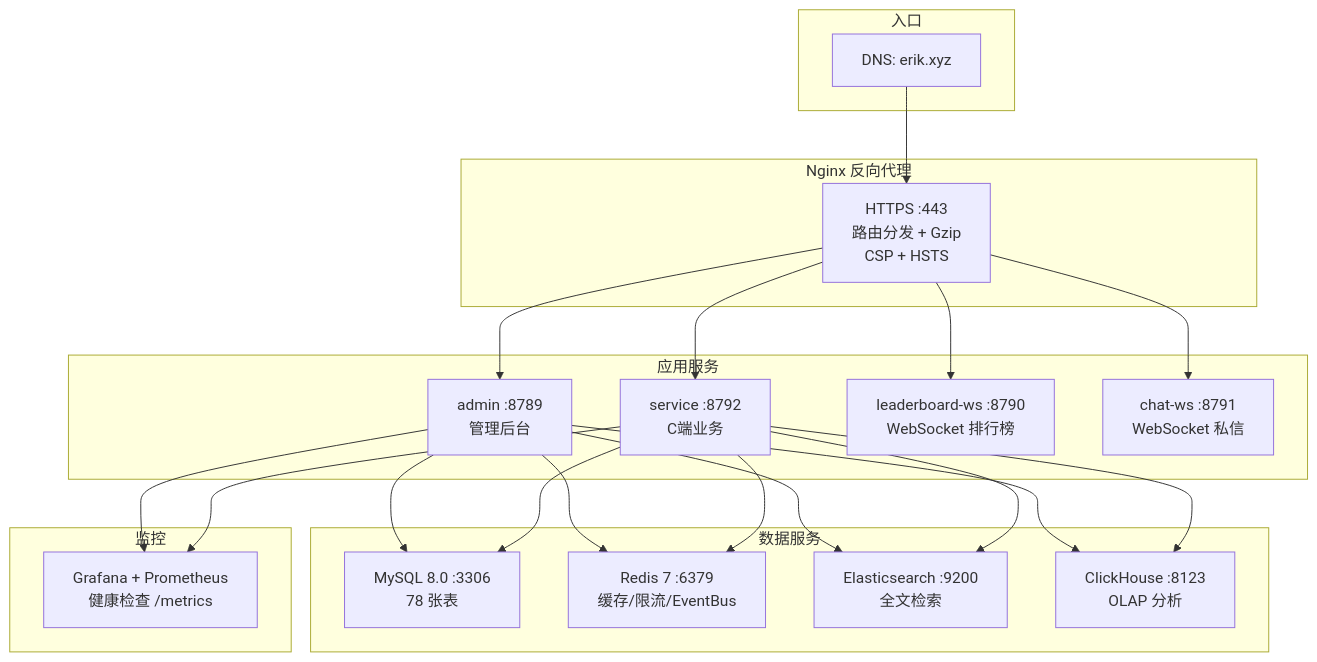
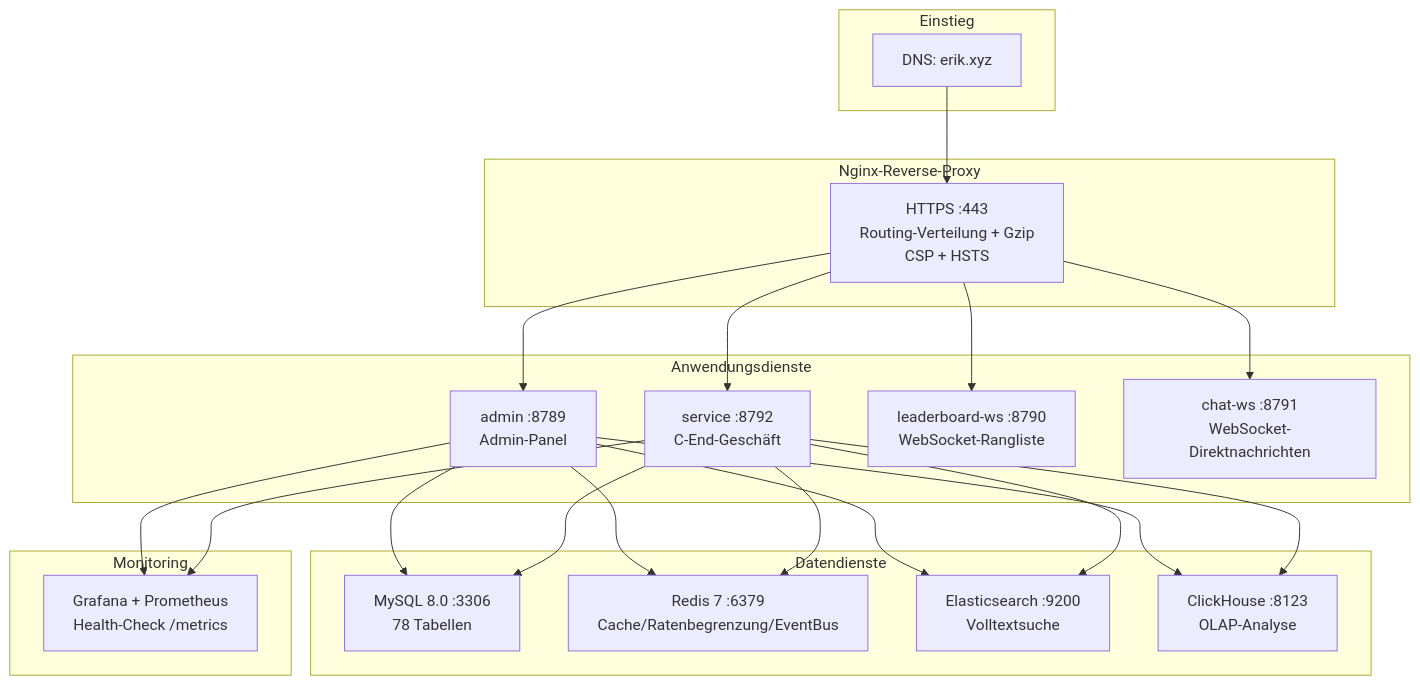
One commit to erikwang2013/game-platform-php changed the diagram in admin/docs/diagrams/12-deployment.de.md. Above: the diagram before and after it, drawn with Mermaid. The commit also changed 211 other files, not shown here.

First line of the commit message:
fix: 支付配置读回类型根治、提现事件对账巡检，12 语族 mermaid 与 API 标签本地化

````diff
--- a/admin/docs/diagrams/12-deployment.de.md
+++ b/admin/docs/diagrams/12-deployment.de.md
@@ -7,33 +7,33 @@
 ```mermaid
 flowchart TB
-    subgraph "入口"
+    subgraph "Einstieg"
         DNS["DNS: erik.xyz"]
     end
 
-    subgraph "Nginx 反向代理"
-        NGX["HTTPS :443<br/>路由分发 + Gzip<br/>CSP + HSTS"]
+    subgraph "Nginx-Reverse-Proxy"
+        NGX["HTTPS :443<br/>Routing-Verteilung + Gzip<br/>CSP + HSTS"]
     end
 
-    subgraph "应用服务"
-        ADM["admin :8789<br/>管理后台"]
-        SVC["service :8792<br/>C端业务"]
-        LB["leaderboard-ws :8790<br/>WebSocket 排行榜"]
-        CHAT["chat-ws :8791<br/>WebSocket 私信"]
+    subgraph "Anwendungsdienste"
+        ADM["admin :8789<br/>Admin-Panel"]
+        SVC["service :8792<br/>C-End-Geschäft"]
+        LB["leaderboard-ws :8790<br/>WebSocket-Rangliste"]
+        CHAT["chat-ws :8791<br/>WebSocket-Direktnachrichten"]
     end
 
-    subgraph "数据服务"
-        MYSQL["MySQL 8.0 :3306<br/>78 张表"]
-        REDIS["Redis 7 :6379<br/>缓存/限流/EventBus"]
-        ES["Elasticsearch :9200<br/>全文检索"]
-        CH["ClickHouse :8123<br/>OLAP 分析"]
+    subgraph "Datendienste"
+        MYSQL["MySQL 8.0 :3306<br/>78 Tabellen"]
+        REDIS["Redis 7 :6379<br/>Cache/Ratenbegrenzung/EventBus"]
+        ES["Elasticsearch :9200<br/>Volltextsuche"]
+        CH["ClickHouse :8123<br/>OLAP-Analyse"]
     end
 
-    subgraph "监控"
-        MON["Grafana + Prometheus<br/>健康检查 /metrics"]
+    subgraph "Monitoring"
+        MON["Grafana + Prometheus<br/>Health-Check /metrics"]
     end
 
     DNS --> NGX
     NGX --> ADM & SVC & LB & CHAT
     ADM & SVC --> MYSQL & REDIS & ES & CH
     ADM & SVC --> MON
 ```
````
